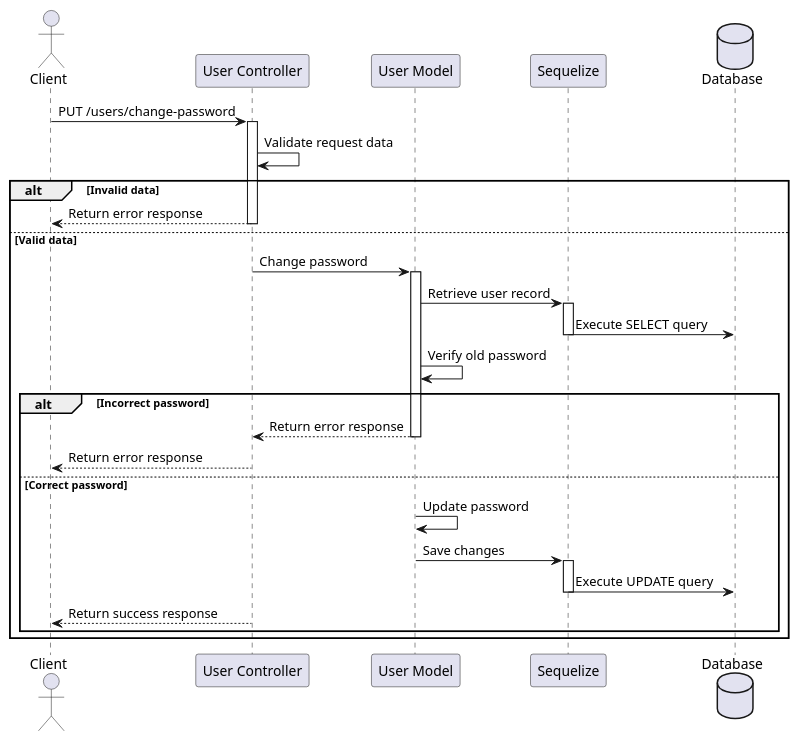
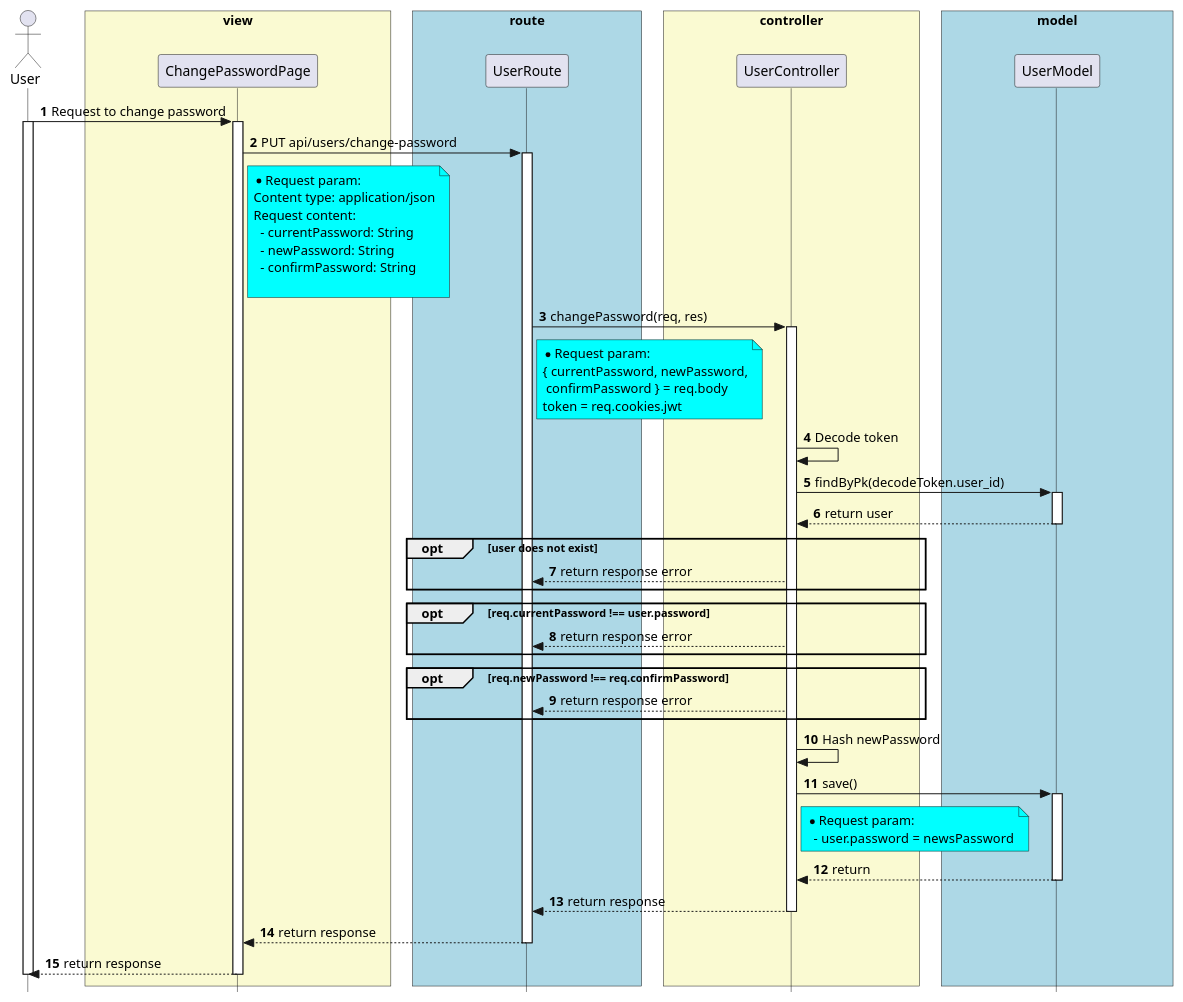
The diagram in diagram/sequence/API/users/changePassword.pu (techcomrade/fmECG), drawn with PlantUML before and after one commit. The commit also changed other lines of this file and 8 other files, not shown here.

```diff
--- a/diagram/sequence/API/users/changePassword.pu
+++ b/diagram/sequence/API/users/changePassword.pu
@@ -1,41 +3,117 @@
 @startuml
 
-actor Client
-participant "User Controller" as Controller
-participant "User Model" as Model
-participant "Sequelize" as ORM
-database "Database" as DB
 
-Client -> Controller: PUT /users/change-password
-activate Controller
+skinparam style strictuml
 
-Controller -> Controller: Validate request data
-alt Invalid data
-  Controller --> Client: Return error response
-  deactivate Controller
-else Valid data
-  Controller -> Model: Change password
-  activate Model
-  Model -> ORM: Retrieve user record
-  activate ORM
-  ORM -> DB: Execute SELECT query
-  deactivate ORM
-  Model -> Model: Verify old password
-  alt Incorrect password
-    Model --> Controller: Return error response
-    deactivate Model
-    Controller --> Client: Return error response
-    deactivate Controller
-  else Correct password
-    Model -> Model: Update password
-    Model -> ORM: Save changes
-    activate ORM
-    ORM -> DB: Execute UPDATE query
-    deactivate ORM
-    deactivate Model
-    Controller --> Client: Return success response
-    deactivate Controller
-  end
+skinparam lifelineStrategy solid
+
+skinparam ParticipantPadding 70
+
+skinparam BoxPadding 10
+
+autonumber
+
+actor User as User
+
+box "view" #LightGoldenRodYellow
+
+participant ChangePasswordPage as ChangePasswordPage
+
+end box
+
+box "route" #lightBlue
+
+participant UserRoute as UserRoute
+
+end box
+
+
+box "controller" #LightGoldenRodYellow
+participant UserController as UserController
+
+end box
+
+
+box "model" #lightBlue
+participant UserModel as UserModel
+
+end box
+
+
+User -> ChangePasswordPage: Request to change password
+activate User
+activate ChangePasswordPage
+
+ChangePasswordPage -> UserRoute: PUT api/users/change-password
+activate UserRoute
+
+note right of ChangePasswordPage #Aqua
+* Request param:
+Content type: application/json
+Request content:
+  - currentPassword: String
+  - newPassword: String
+  - confirmPassword: String
+
+end note
+
+UserRoute -> UserController: changePassword(req, res)
+activate UserController
+
+note right of UserRoute #Aqua
+* Request param:
+{ currentPassword, newPassword,
+ confirmPassword } = req.body
+token = req.cookies.jwt
+end note
+
+UserController -> UserController: Decode token
+
+UserController -> UserModel: findByPk(decodeToken.user_id)
+
+activate  UserModel
+
+UserModel --> UserController: return user
+
+deactivate UserModel
+
+opt user does not exist
+  UserController --> UserRoute: return response error
 end
 
+opt req.currentPassword !== user.password
+  UserController --> UserRoute: return response error
+end
+
+opt req.newPassword !== req.confirmPassword
+  UserController --> UserRoute: return response error
+end
+
+UserController -> UserController: Hash newPassword
+
+UserController -> UserModel: save()
+activate UserModel
+note right of UserController #Aqua
+  * Request param: 
+    - user.password = newsPassword
+end note
+
+UserModel --> UserController: return
+deactivate UserModel
+UserController --> UserRoute: return response
+
+deactivate UserController
+
+UserRoute --> ChangePasswordPage: return response
+
+deactivate UserRoute
+
+ChangePasswordPage --> User: return response
+
+deactivate ChangePasswordPage
+deactivate User
+
+
+
+
 @enduml
```
